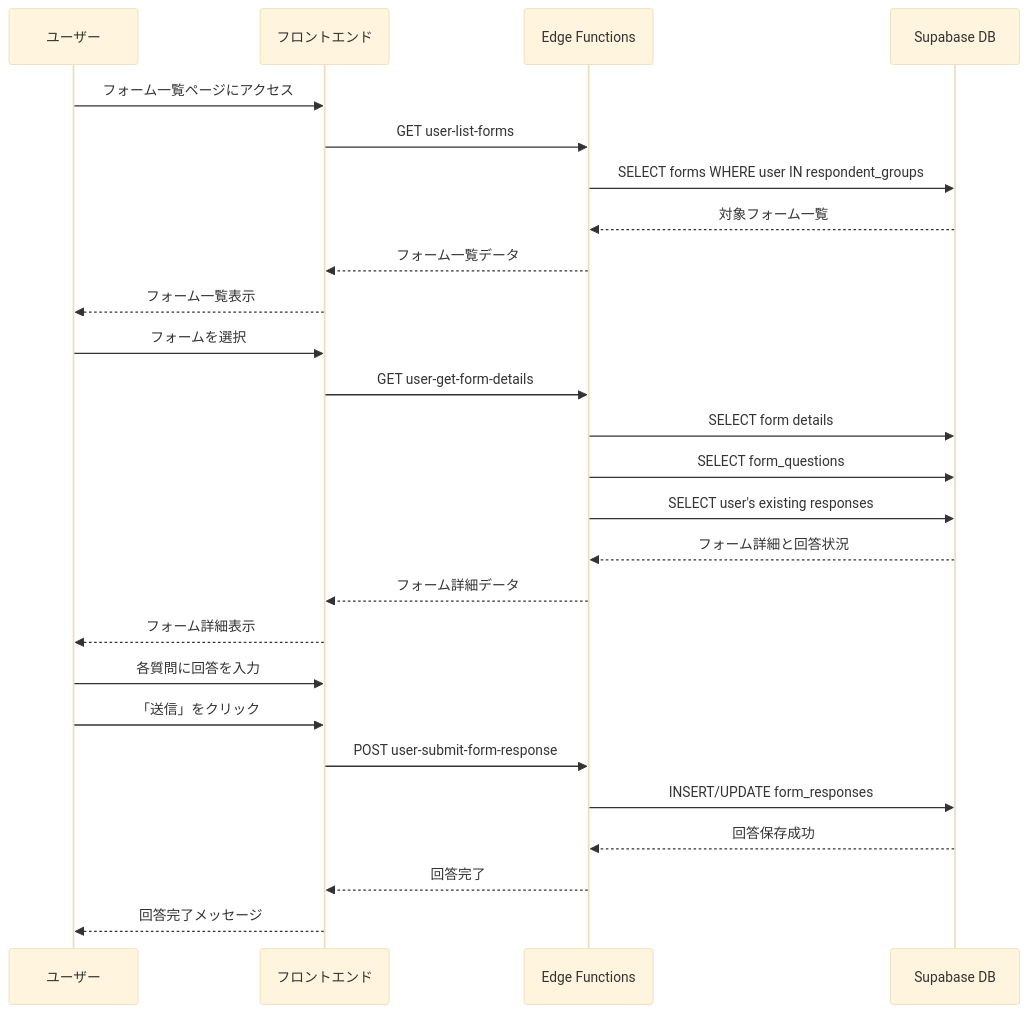
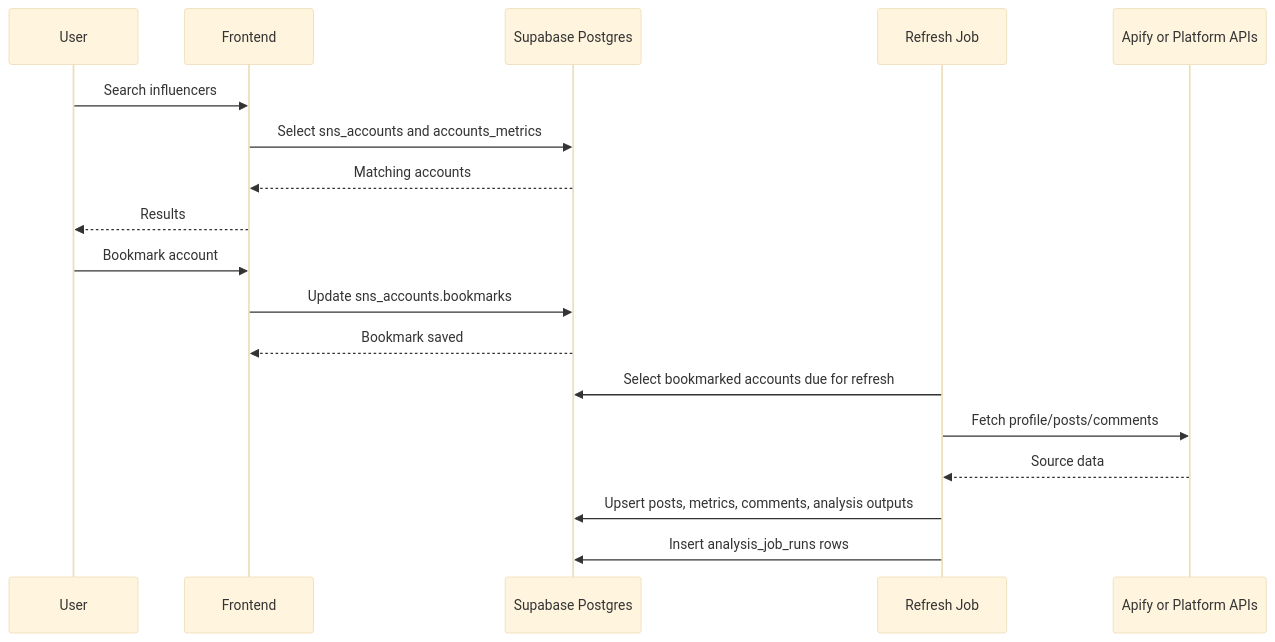
Before and after one commit to rodomani/influencer-list-up: the diagram in docs/form-usage-scenario.md, drawn with Mermaid (base theme). The commit also changed other lines of this file and 220 other files, not shown here.

````diff
--- a/docs/form-usage-scenario.md
+++ b/docs/form-usage-scenario.md
@@ -109,31 +74,23 @@
 ```mermaid
 sequenceDiagram
-    participant User as ユーザー
-    participant UI as フロントエンド
-    participant API as Edge Functions
-    participant DB as Supabase DB
+  participant User
+  participant UI as Frontend
+  participant DB as Supabase Postgres
+  participant Job as Refresh Job
+  participant APIs as Apify or Platform APIs
 
-    User->>UI: フォーム一覧ページにアクセス
-    UI->>API: GET user-list-forms
-    API->>DB: SELECT forms WHERE user IN respondent_groups
-    DB-->>API: 対象フォーム一覧
-    API-->>UI: フォーム一覧データ
-    UI-->>User: フォーム一覧表示
+  User->>UI: Search influencers
+  UI->>DB: Select sns_accounts and accounts_metrics
+  DB-->>UI: Matching accounts
+  UI-->>User: Results
 
-    User->>UI: フォームを選択
-    UI->>API: GET user-get-form-details
-    API->>DB: SELECT form details
-    API->>DB: SELECT form_questions
-    API->>DB: SELECT user's existing responses
-    DB-->>API: フォーム詳細と回答状況
-    API-->>UI: フォーム詳細データ
-    UI-->>User: フォーム詳細表示
+  User->>UI: Bookmark account
+  UI->>DB: Update sns_accounts.bookmarks
+  DB-->>UI: Bookmark saved
 
-    User->>UI: 各質問に回答を入力
-    User->>UI: 「送信」をクリック
-    UI->>API: POST user-submit-form-response
-    API->>DB: INSERT/UPDATE form_responses
-    DB-->>API: 回答保存成功
-    API-->>UI: 回答完了
-    UI-->>User: 回答完了メッセージ
+  Job->>DB: Select bookmarked accounts due for refresh
+  Job->>APIs: Fetch profile/posts/comments
+  APIs-->>Job: Source data
+  Job->>DB: Upsert posts, metrics, comments, analysis outputs
+  Job->>DB: Insert analysis_job_runs rows
 ```
````
